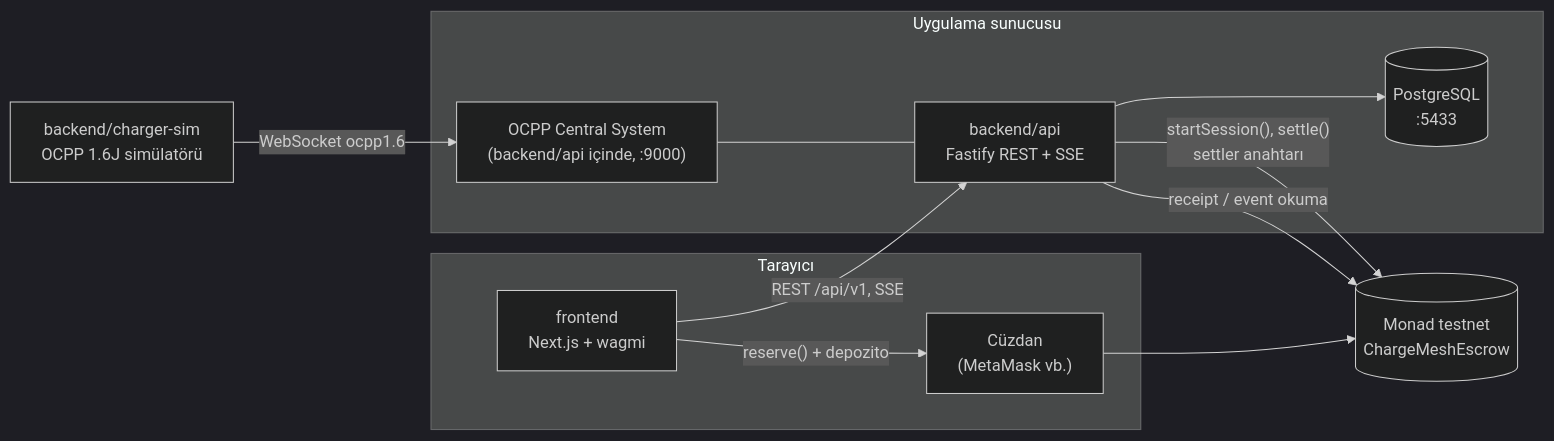
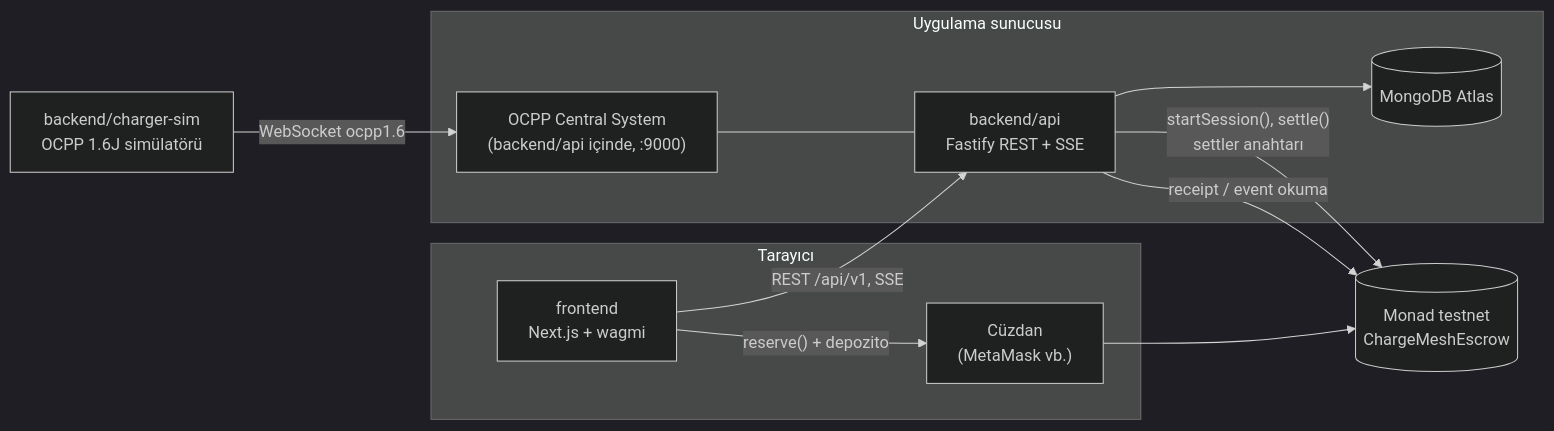
One commit to bilalabic/ChargeMesh changed the first of 3 diagrams in docs/02-mimari.md. Above: the diagram before and after it, drawn with Mermaid (dark theme). The commit also changed other lines of this file and 11 other files, not shown here.

Commit message:
docs: adopt mongodb atlas architecture

````diff
--- a/docs/02-mimari.md
+++ b/docs/02-mimari.md
@@ -7,24 +7,24 @@
 ```mermaid
 flowchart LR
   subgraph Browser["Tarayıcı"]
     WEB["frontend<br/>Next.js + wagmi"]
     WALLET["Cüzdan<br/>(MetaMask vb.)"]
   end
 
   subgraph Server["Uygulama sunucusu"]
     API["backend/api<br/>Fastify REST + SSE"]
     CS["OCPP Central System<br/>(backend/api içinde, :9000)"]
-    DB[("PostgreSQL<br/>:5433")]
+    DB[("MongoDB Atlas")]
   end
 
   SIM["backend/charger-sim<br/>OCPP 1.6J simülatörü"]
   CHAIN[("Monad testnet<br/>ChargeMeshEscrow")]
 
   WEB -- "REST /api/v1, SSE" --> API
   WEB -- "reserve() + depozito" --> WALLET --> CHAIN
   API --> DB
   API -- "startSession(), settle()<br/>settler anahtarı" --> CHAIN
   API -- "receipt / event okuma" --> CHAIN
   SIM -- "WebSocket ocpp1.6" --> CS
   CS --- API
 ```
````
